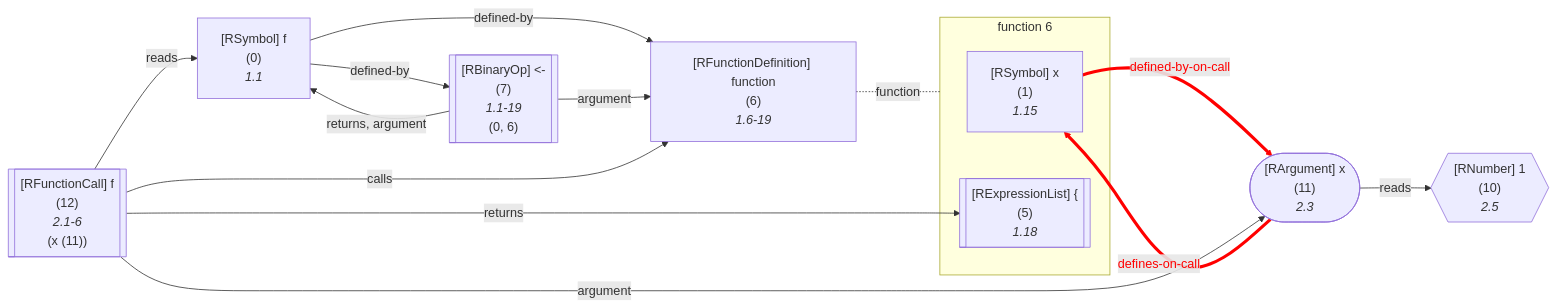
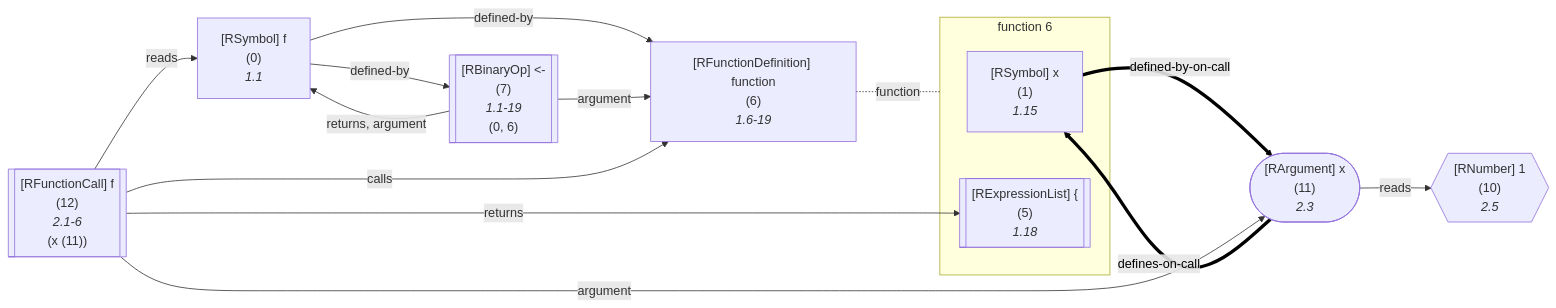
One commit to flowr-analysis/flowr changed diagram 19 of 26 in wiki/Dataflow Graph.md. Above: the diagram before and after it, drawn with Mermaid. The commit also changed other lines of this file and 10 other files, not shown here.

Commit message:
doc(dfg): improve documentation for the dataflow graph value

````diff
--- a/wiki/Dataflow Graph.md
+++ b/wiki/Dataflow Graph.md
@@ -1386,51 +1570,51 @@
 ```mermaid
 flowchart LR
     6["`#91;RFunctionDefinition#93; function
       (6)
       *1.6-19*`"]
 
 subgraph "flow-6" [function 6]
     1["`#91;RSymbol#93; x
       (1)
       *1.15*`"]
     5[["`#91;RExpressionList#93; #123;
       (5)
       *1.18*`"]]
 end
     0["`#91;RSymbol#93; f
       (0)
       *1.1*`"]
     7[["`#91;RBinaryOp#93; #60;#45;
       (7)
       *1.1-19*
     (0, 6)`"]]
     10{{"`#91;RNumber#93; 1
       (10)
       *2.5*`"}}
     11(["`#91;RArgument#93; x
       (11)
       *2.3*`"])
     %% Environment of 12 [level: 0]:
     %% Built-in
-    %% 454----------------------------------------
+    %% 460----------------------------------------
     %%   f: {f (0, 2, def. @7)}
     12[["`#91;RFunctionCall#93; f
       (12)
       *2.1-6*
     (x (11))`"]]
     1 -->|"defined-by-on-call"| 11
-    linkStyle 0 stroke:red,color:red,stroke-width:4px;
+    linkStyle 0 stroke:black,color:black,stroke-width:4.2px;
 6 -.-|function| flow-6
 
     0 -->|"defined-by"| 6
     0 -->|"defined-by"| 7
     7 -->|"argument"| 6
     7 -->|"returns, argument"| 0
     11 -->|"reads"| 10
     11 -->|"defines-on-call"| 1
-    linkStyle 7 stroke:red,color:red,stroke-width:4px;
+    linkStyle 7 stroke:black,color:black,stroke-width:4.2px;
     12 -->|"argument"| 11
     12 -->|"reads"| 0
     12 -->|"returns"| 5
     12 -->|"calls"| 6
 ```
````
